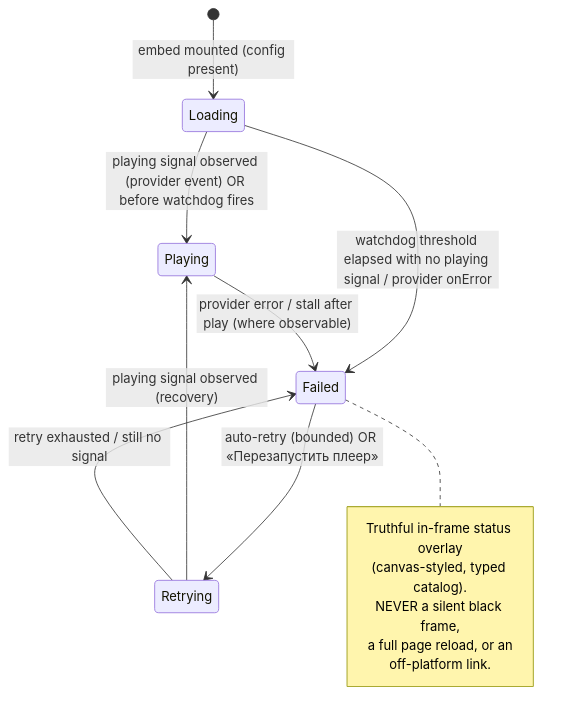
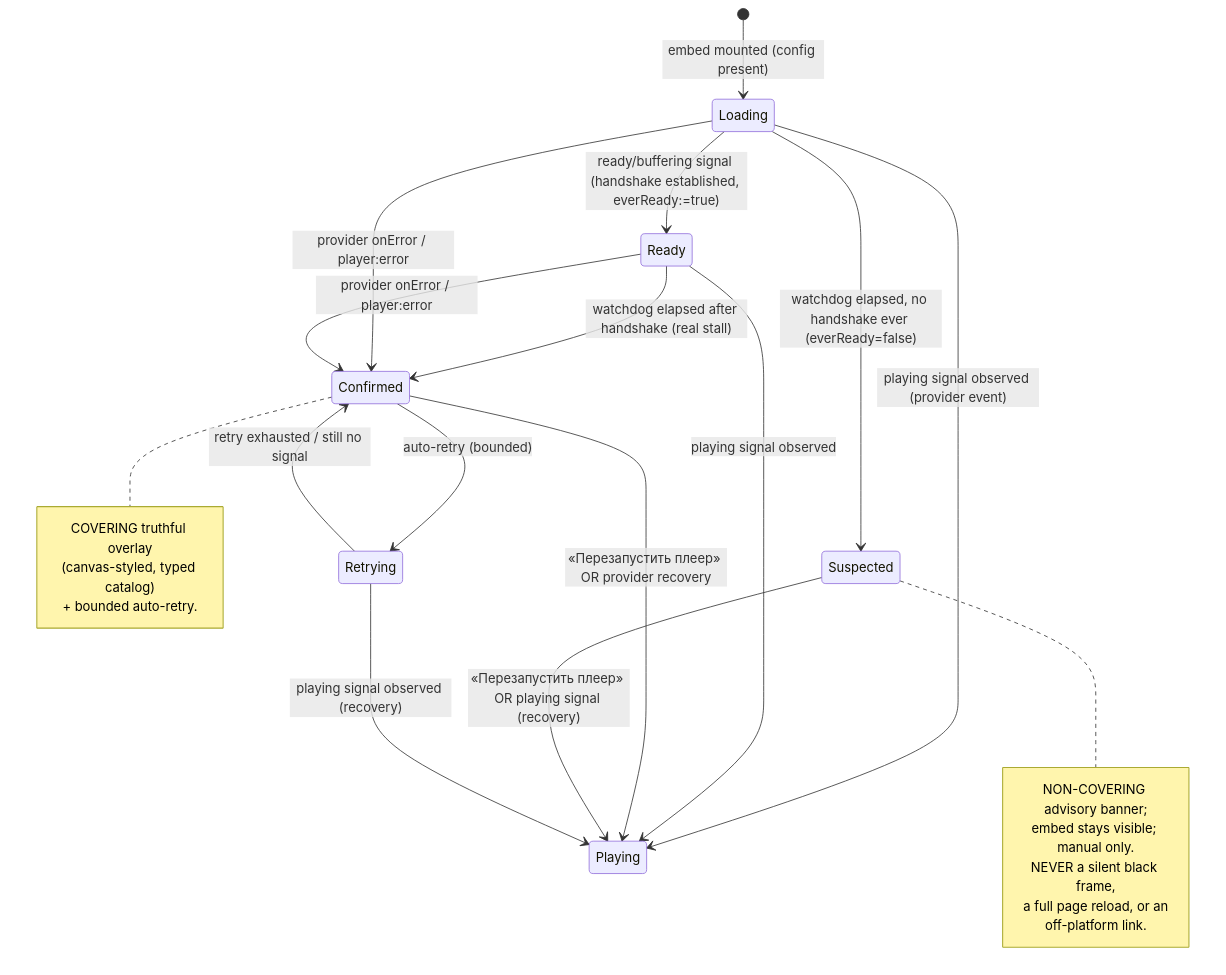
Before and after one commit to doctor-school/ds-platform: the fourth of 9 diagrams in apps/docs/content/specs/features/006-webinar-room/006-design.md, drawn with Mermaid. The commit also changed other lines of this file and 12 other files, not shown here.

First line of the commit message:
feat(006): EARS-18 — player failure states: watchdog + truthful in-room status + bounded retry (#1162) (#1163)

````diff
--- a/apps/docs/content/specs/features/006-webinar-room/006-design.md
+++ b/apps/docs/content/specs/features/006-webinar-room/006-design.md
@@ -111,17 +116,28 @@
 ```mermaid
 stateDiagram-v2
   [*] --> Loading: embed mounted (config present)
-  Loading --> Playing: playing signal observed (provider event) OR before watchdog fires
-  Loading --> Failed: watchdog threshold elapsed with no playing signal / provider onError
-  Playing --> Failed: provider error / stall after play (where observable)
-  Failed --> Retrying: auto-retry (bounded) OR «Перезапустить плеер»
+  Loading --> Playing: playing signal observed (provider event)
+  Loading --> Ready: ready/buffering signal (handshake established, everReady:=true)
+  Ready --> Playing: playing signal observed
+  Loading --> Suspected: watchdog elapsed, no handshake ever (everReady=false)
+  Ready --> Confirmed: watchdog elapsed after handshake (real stall)
+  Loading --> Confirmed: provider onError / player:error
+  Ready --> Confirmed: provider onError / player:error
+  Confirmed --> Retrying: auto-retry (bounded)
+  Confirmed --> Playing: «Перезапустить плеер» OR provider recovery
+  Suspected --> Playing: «Перезапустить плеер» OR playing signal (recovery)
   Retrying --> Playing: playing signal observed (recovery)
-  Retrying --> Failed: retry exhausted / still no signal
-  note right of Failed
-    Truthful in-frame status overlay
-    (canvas-styled, typed catalog).
+  Retrying --> Confirmed: retry exhausted / still no signal
+  note right of Confirmed
+    COVERING truthful overlay
+    (canvas-styled, typed catalog)
+    + bounded auto-retry.
+  end note
+  note right of Suspected
+    NON-COVERING advisory banner;
+    embed stays visible; manual only.
     NEVER a silent black frame,
     a full page reload, or an
     off-platform link.
   end note
 ```
````
